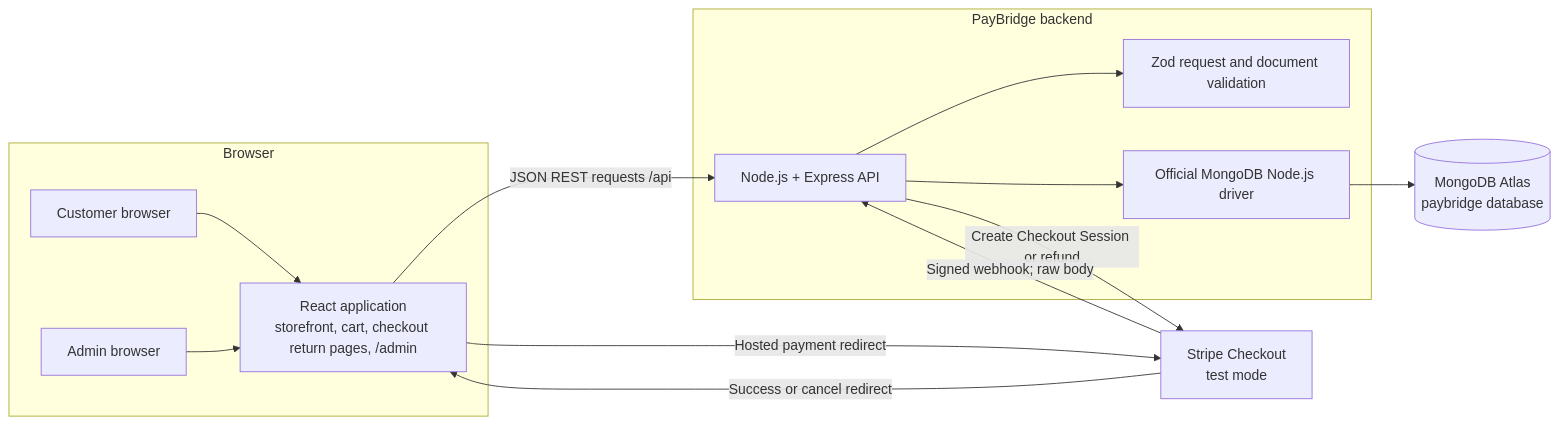
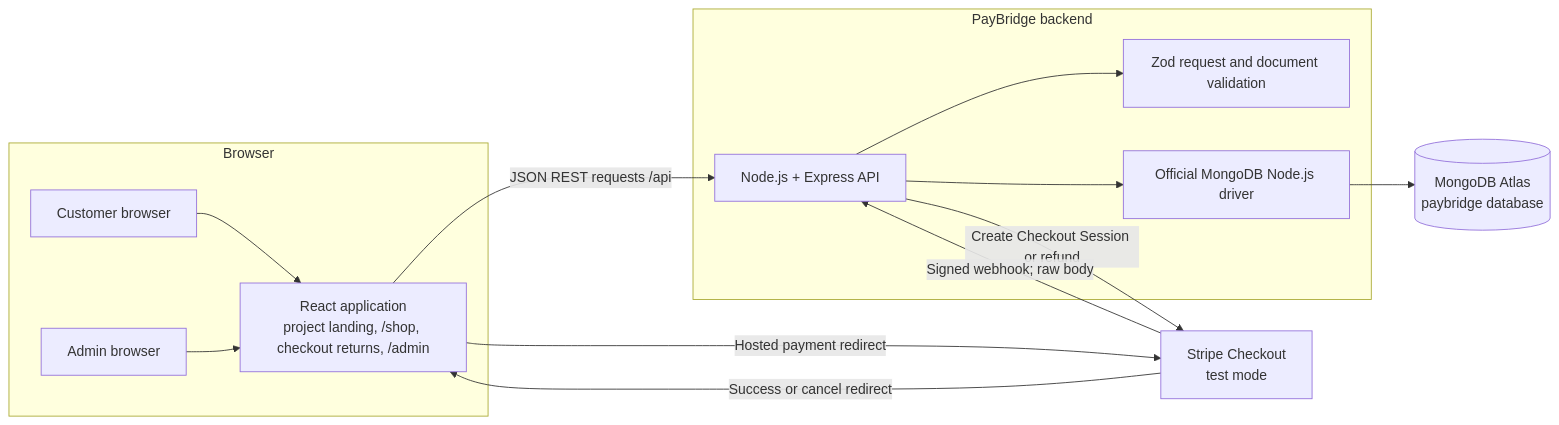
The first of 4 diagrams in docs/ARCHITECTURE.md (TariqH19/paybridge), drawn with Mermaid before and after one commit. The commit also changed other lines of this file and 9 other files, not shown here.

````diff
--- a/docs/ARCHITECTURE.md
+++ b/docs/ARCHITECTURE.md
@@ -11,28 +11,28 @@
 ```mermaid
 flowchart LR
   subgraph Browser
     Customer[Customer browser]
     Admin[Admin browser]
-    SPA[React application<br/>storefront, cart, checkout return pages, /admin]
+    SPA[React application<br/>project landing, /shop, checkout returns, /admin]
     Customer --> SPA
     Admin --> SPA
   end
 
   subgraph PayBridge["PayBridge backend"]
     API[Node.js + Express API]
     Validation[Zod request and document validation]
     MongoDriver[Official MongoDB Node.js driver]
     API --> Validation
     API --> MongoDriver
   end
 
   Atlas[(MongoDB Atlas<br/>paybridge database)]
   Stripe[Stripe Checkout<br/>test mode]
 
   SPA -->|JSON REST requests /api| API
   MongoDriver --> Atlas
   API -->|Create Checkout Session or refund| Stripe
   Stripe -->|Signed webhook; raw body| API
   SPA -->|Hosted payment redirect| Stripe
   Stripe -->|Success or cancel redirect| SPA
 ```
````
